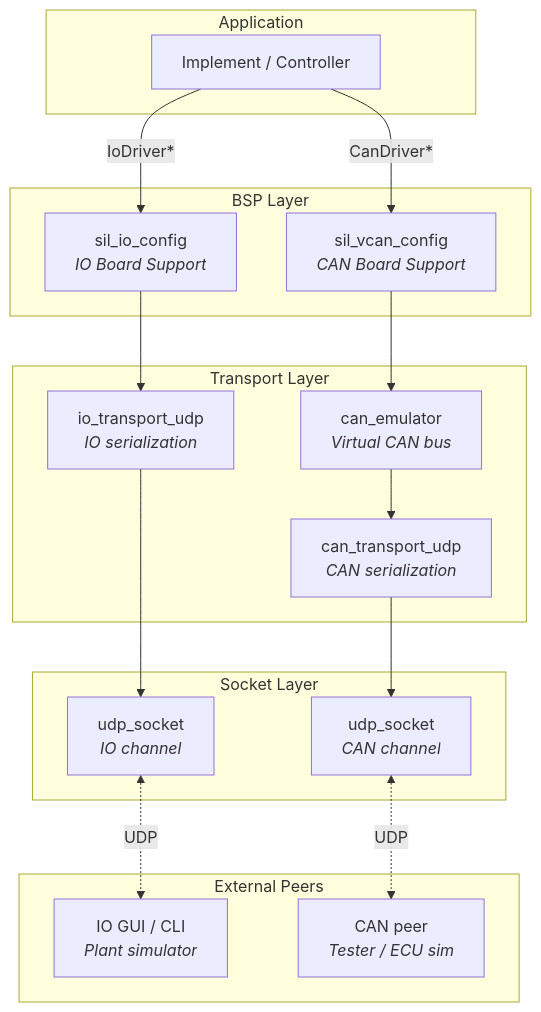
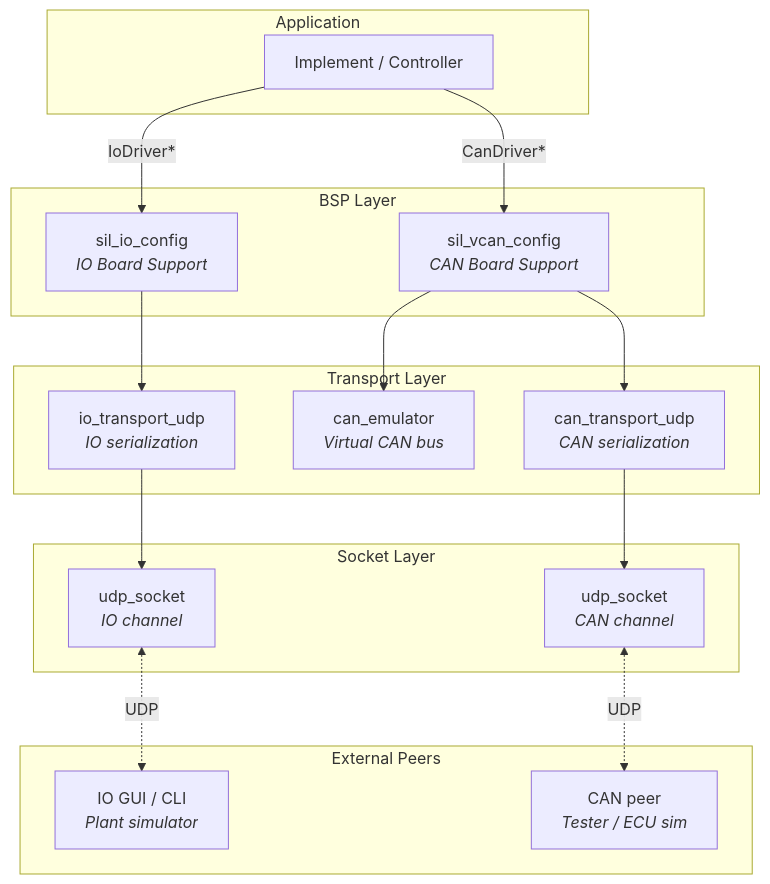
The diagram in sil_lib/README.md (ef12/SIL), drawn with Mermaid before and after one commit. The commit also changed 3 other files, not shown here.

Commit message:
Update documentation for SIL library: refine architecture diagrams and clarify module responsibilities

````diff
--- a/sil_lib/README.md
+++ b/sil_lib/README.md
@@ -21,36 +21,37 @@
 ```mermaid
 graph TD
     subgraph Application
         APP["Implement / Controller"]
     end
 
     subgraph "BSP Layer"
         IO_BSP["sil_io_config<br/><i>IO Board Support</i>"]
         CAN_BSP["sil_vcan_config<br/><i>CAN Board Support</i>"]
     end
 
     subgraph "Transport Layer"
         IO_T["io_transport_udp<br/><i>IO serialization</i>"]
         CAN_E["can_emulator<br/><i>Virtual CAN bus</i>"]
         CAN_T["can_transport_udp<br/><i>CAN serialization</i>"]
     end
 
     subgraph "Socket Layer"
         SOCK_IO["udp_socket<br/><i>IO channel</i>"]
         SOCK_CAN["udp_socket<br/><i>CAN channel</i>"]
     end
 
     subgraph "External Peers"
         GUI["IO GUI / CLI<br/><i>Plant simulator</i>"]
         PEER["CAN peer<br/><i>Tester / ECU sim</i>"]
     end
 
     APP -- "IoDriver*" --> IO_BSP
     APP -- "CanDriver*" --> CAN_BSP
 
     IO_BSP --> IO_T --> SOCK_IO
-    CAN_BSP --> CAN_E --> CAN_T --> SOCK_CAN
+    CAN_BSP --> CAN_E
+    CAN_BSP --> CAN_T --> SOCK_CAN
 
     SOCK_IO <-. "UDP" .-> GUI
     SOCK_CAN <-. "UDP" .-> PEER
 ```
````
